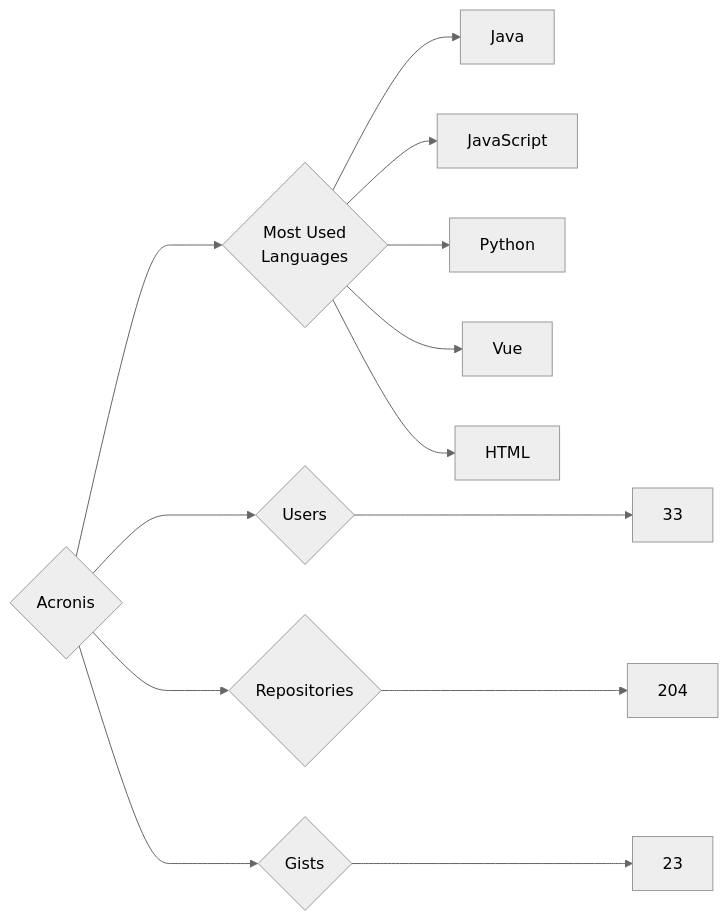
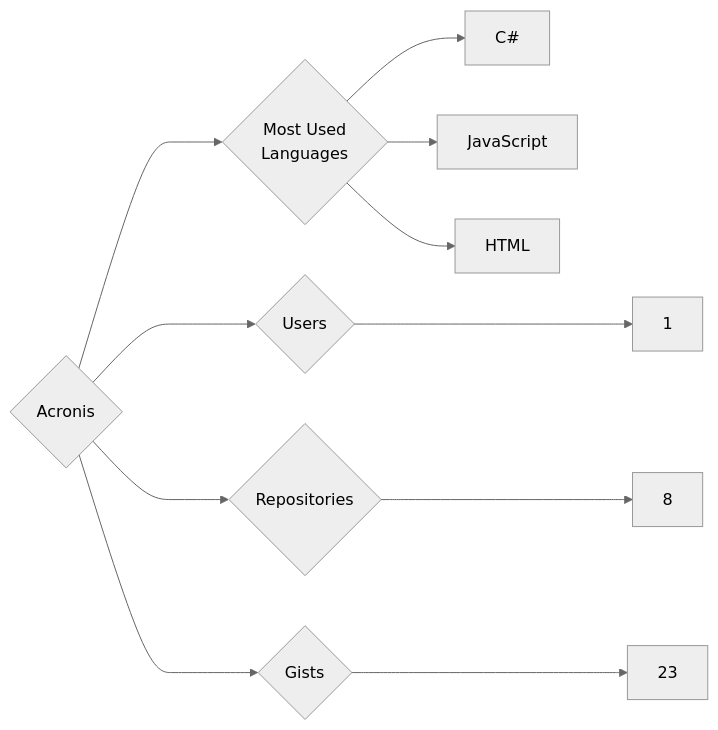
The diagram in targets/Acronis/README.md (trickest/insiders), drawn with Mermaid (neutral theme) before and after one commit. The commit also changed 847 other files, not shown here.

````diff
--- a/targets/Acronis/README.md
+++ b/targets/Acronis/README.md
@@ -3,13 +3,11 @@
 ```mermaid
 graph LR
 COMPANY_NAME{Acronis}
-COMPANY_NAME ---> U{Users} ---> UN[33]
-COMPANY_NAME ---> R{Repositories} ---> RN[204]
+COMPANY_NAME ---> U{Users} ---> UN[1]
+COMPANY_NAME ---> R{Repositories} ---> RN[8]
 COMPANY_NAME ---> G{Gists} ---> GN[23]
 COMPANY_NAME ---> ML{Most Used<br>Languages}
-ML --> Java[Java]
+ML --> C#[C#]
 ML --> JavaScript[JavaScript]
-ML --> Python[Python]
-ML --> Vue[Vue]
 ML --> HTML[HTML]
 ```
````
